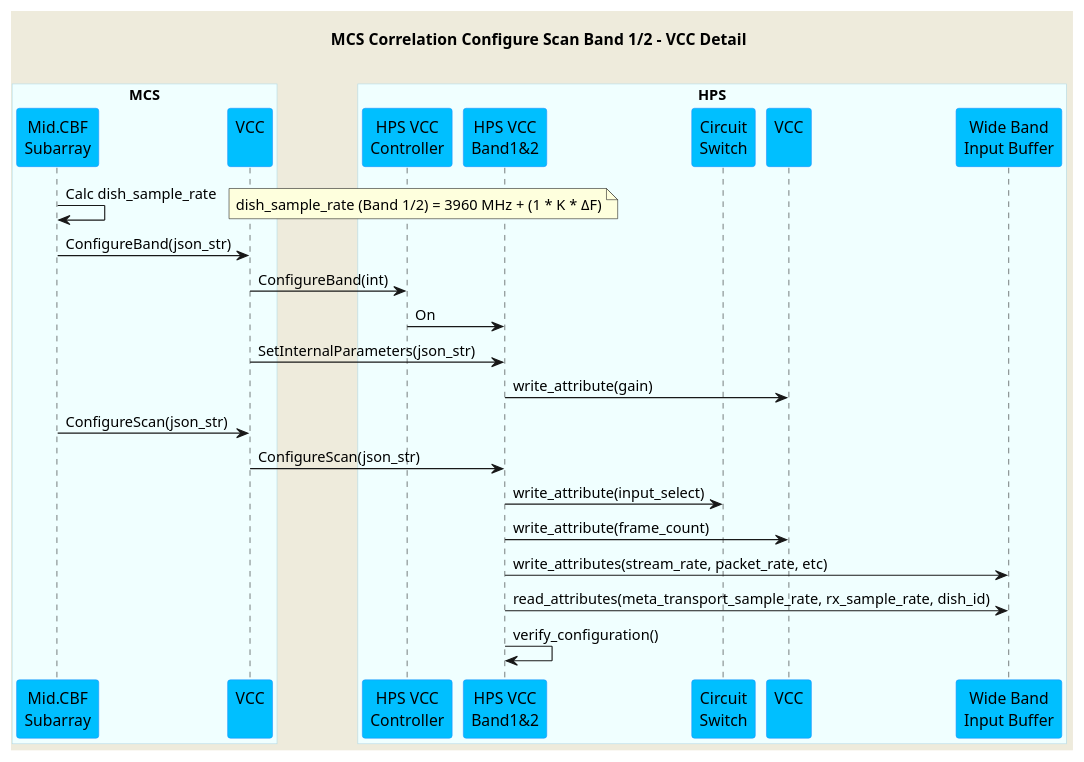
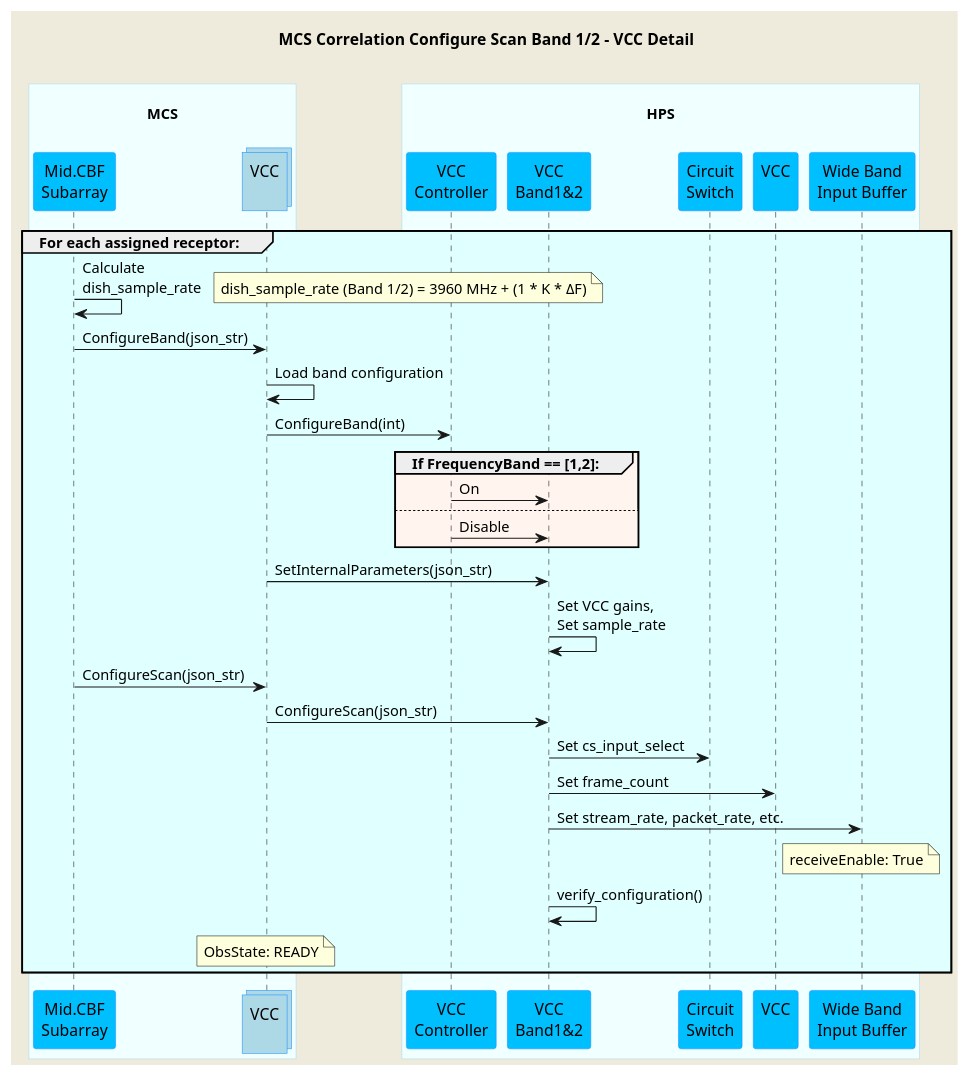
One commit to ska-telescope/mid-cbf-mcs changed the diagram in docs/src/diagrams/configure-scan-vcc.puml. Above: the diagram before and after it, drawn with PlantUML. The commit also changed 19 other files, not shown here.

```diff
--- a/docs/src/diagrams/configure-scan-vcc.puml
+++ b/docs/src/diagrams/configure-scan-vcc.puml
@@ -1,46 +1,57 @@
 @startuml
 'https://plantuml.com/sequence-diagram
 
 skinparam backgroundColor #EEEBDC
 skinparam sequence {
-ParticipantBorderColor DodgerBlue
-ParticipantBackgroundColor DeepSkyBlue
-ActorBorderColor DarkGreen
-ActorBackgroundColor Green
-BoxBorderColor LightBlue
-BoxBackgroundColor #F0FFFF
+    ParticipantBorderColor DodgerBlue
+    ParticipantBackgroundColor DeepSkyBlue
+    ActorBorderColor DarkGreen
+    ActorBackgroundColor Green
+    BoxBorderColor LightBlue
+    BoxBackgroundColor #F0FFFF
+}
+skinparam collections {
+    BackGroundColor LightBlue
+    BorderColor DodgerBlue
 }
 
 title MCS Correlation Configure Scan Band 1/2 - VCC Detail\n
 
-box "MCS"
-participant "Mid.CBF\nSubarray" as subarray
-participant "VCC\n" as vcc
+box "\nMCS\n"
+    participant "Mid.CBF\nSubarray" as subarray
+    collections "VCC\n" as vcc
+end box
+box "\nHPS\n"
+    participant "VCC\nController" as hpsvcc
+    participant "VCC\nBand1&2" as vccband1
+    participant "Circuit\nSwitch" as cs
+    participant "VCC\n" as vccdevice
+    participant "Wide Band\nInput Buffer" as wb
 end box
 
-box "HPS"
-participant "HPS VCC\nController" as hpsvcc
-participant "HPS VCC\nBand1&2" as vccband1
-participant "Circuit\nSwitch" as cs
-participant "VCC\n" as vccdevice
-participant "Wide Band\nInput Buffer" as wb
-end box
+group #LightCyan For each assigned receptor:
+    subarray    -> subarray     : Calculate\ndish_sample_rate
+    note right                  : dish_sample_rate (Band 1/2) = 3960 MHz + (1 * K * <U+0394>F)
+    subarray    -> vcc          : ConfigureBand(json_str)
+    vcc         -> vcc          : Load band configuration
+    vcc         -> hpsvcc       : ConfigureBand(int)
+    group #SeaShell If FrequencyBand == [1,2]:
+        hpsvcc  -> vccband1     : On
+    else 
+        hpsvcc  -> vccband1     : Disable
+    end group
+    vcc         -> vccband1     : SetInternalParameters(json_str)
+    vccband1    -> vccband1     : Set VCC gains,\nSet sample_rate
 
-subarray    -> subarray     : Calc dish_sample_rate
-note right                  : dish_sample_rate (Band 1/2) = 3960 MHz + (1 * K * <U+0394>F)
-subarray    -> vcc          : ConfigureBand(json_str)
-vcc         -> hpsvcc       : ConfigureBand(int)
-hpsvcc      -> vccband1     : On
-vcc         -> vccband1     : SetInternalParameters(json_str)
-vccband1    -> vccdevice    : write_attribute(gain)
-subarray    -> vcc          : ConfigureScan(json_str)
-vcc         -> vccband1     : ConfigureScan(json_str)
-vccband1    -> cs           : write_attribute(input_select)
-vccband1    -> vccdevice    : write_attribute(frame_count)
-vccband1    -> wb           : write_attributes(stream_rate, packet_rate, etc)
-vccband1    -> wb           : read_attributes(meta_transport_sample_rate, rx_sample_rate, dish_id)
-vccband1    -> vccband1     : verify_configuration()
-
+    subarray    -> vcc          : ConfigureScan(json_str)
+    vcc         -> vccband1     : ConfigureScan(json_str)
+    vccband1    -> cs           : Set cs_input_select
+    vccband1    -> vccdevice    : Set frame_count
+    vccband1    -> wb           : Set stream_rate, packet_rate, etc.
+    note over wb                : receiveEnable: True
+    vccband1    -> vccband1     : verify_configuration()
+    note over vcc               : ObsState: READY
+end group
 
 
 @enduml
```
